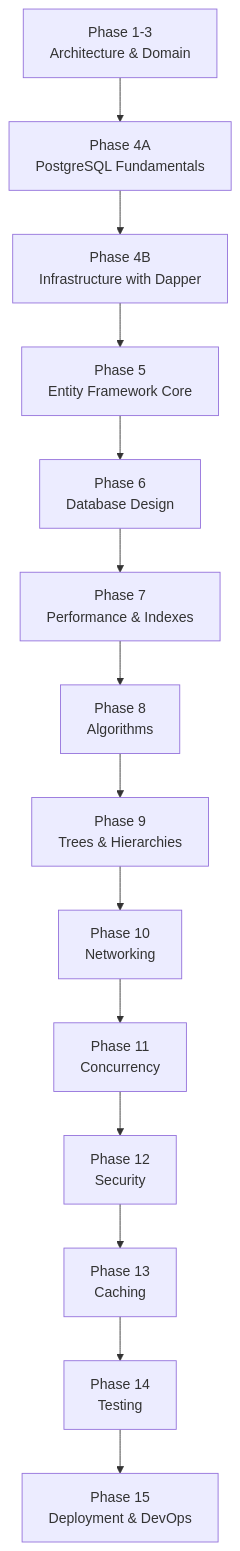
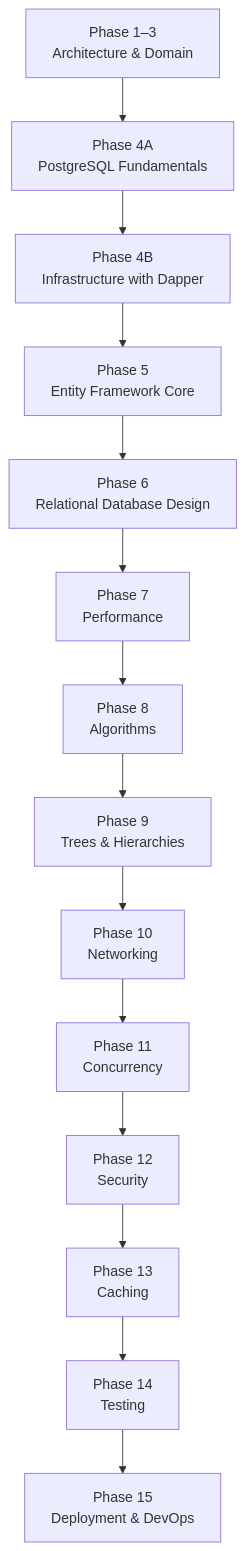
Before and after one commit to Jherson-Aguto/BankingSystem: the diagram in docs/Path.md, drawn with Mermaid. The commit also changed other lines of this file and 3 other files, not shown here.

````diff
--- a/docs/Path.md
+++ b/docs/Path.md
@@ -44,30 +64,31 @@
 ```mermaid
 graph TD
 
-A[Phase 1-3<br/>Architecture & Domain]
+A[Phase 1–3<br/>Architecture & Domain]
+
 --> B[Phase 4A<br/>PostgreSQL Fundamentals]
 
-B --> C[Phase 4B<br/>Infrastructure with Dapper]
+--> C[Phase 4B<br/>Infrastructure with Dapper]
 
-C --> D[Phase 5<br/>Entity Framework Core]
+--> D[Phase 5<br/>Entity Framework Core]
 
-D --> E[Phase 6<br/>Database Design]
+--> E[Phase 6<br/>Relational Database Design]
 
-E --> F[Phase 7<br/>Performance & Indexes]
+--> F[Phase 7<br/>Performance]
 
-F --> G[Phase 8<br/>Algorithms]
+--> G[Phase 8<br/>Algorithms]
 
-G --> H[Phase 9<br/>Trees & Hierarchies]
+--> H[Phase 9<br/>Trees & Hierarchies]
 
-H --> I[Phase 10<br/>Networking]
+--> I[Phase 10<br/>Networking]
 
-I --> J[Phase 11<br/>Concurrency]
+--> J[Phase 11<br/>Concurrency]
 
-J --> K[Phase 12<br/>Security]
+--> K[Phase 12<br/>Security]
 
-K --> L[Phase 13<br/>Caching]
+--> L[Phase 13<br/>Caching]
 
-L --> M[Phase 14<br/>Testing]
+--> M[Phase 14<br/>Testing]
 
-M --> N[Phase 15<br/>Deployment & DevOps]
+--> N[Phase 15<br/>Deployment & DevOps]
 ```
````
